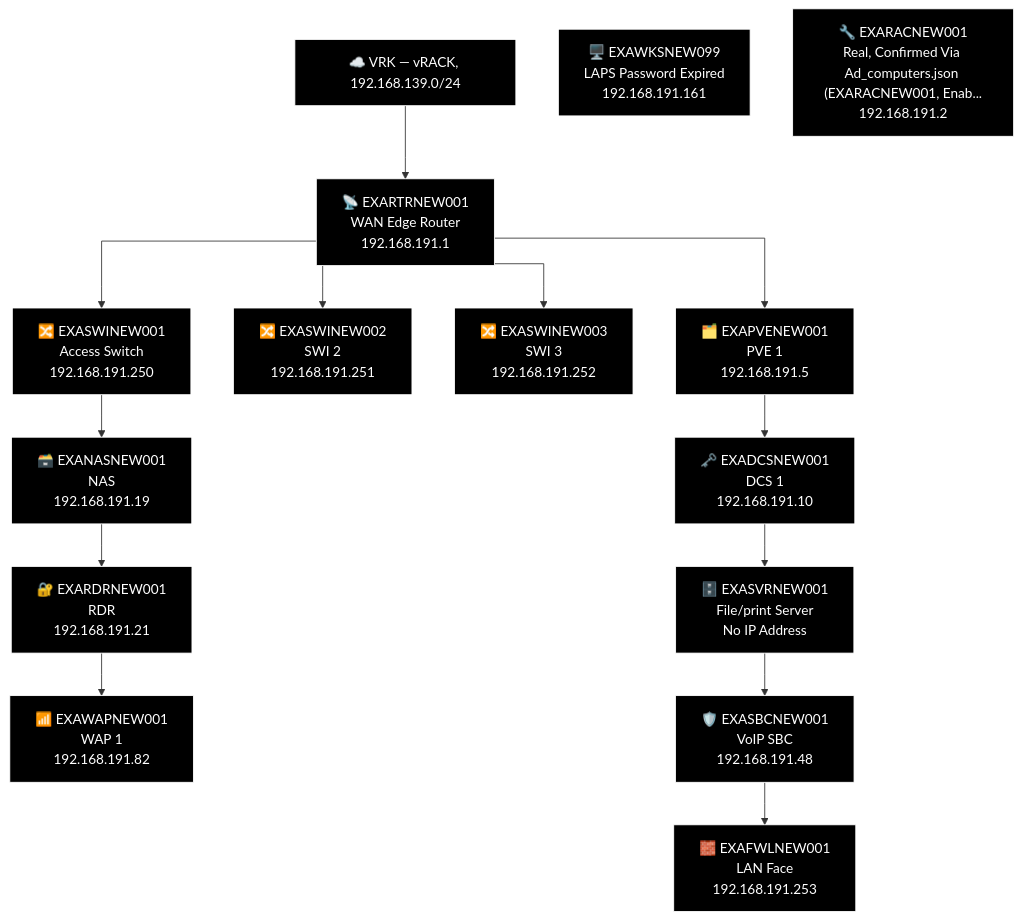
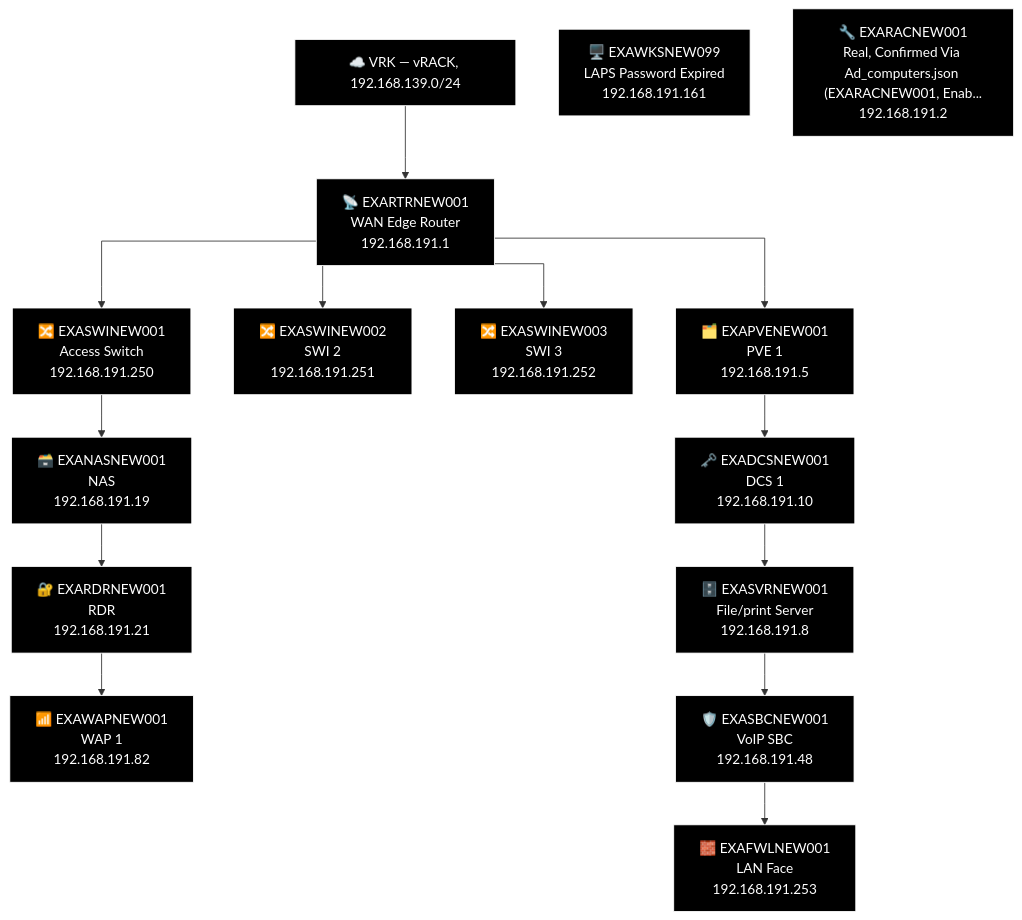
Before and after one commit to knightmare2600/example_music_infra: diagram 15 of 27 in docs/network-diagram/england.md, drawn with Mermaid. The commit also changed 7 other files, not shown here.

````diff
--- a/docs/network-diagram/england.md
+++ b/docs/network-diagram/england.md
@@ -740,43 +740,43 @@
 ```mermaid
 %% GENERATED:TOPOLOGY:NEW:START
 %%{init: {'flowchart': {'curve': 'stepAfter'}}}%%
 graph TD
     T_VRK["☁️ VRK — vRACK, 192.168.139.0/24"]
     T_RTR["📡 EXARTRNEW001<br/>WAN Edge Router<br/>192.168.191.1"]
     T_VRK --> T_RTR
     T_PVE["🗂️ EXAPVENEW001<br/>PVE 1<br/>192.168.191.5"]
     T_RTR --> T_PVE
     T_SWI["🔀 EXASWINEW002<br/>SWI 2<br/>192.168.191.251"]
     T_RTR --> T_SWI
     T_SWI2["🔀 EXASWINEW003<br/>SWI 3<br/>192.168.191.252"]
     T_RTR --> T_SWI2
     T_SWI3["🔀 EXASWINEW001<br/>Access Switch<br/>192.168.191.250"]
     T_RTR --> T_SWI3
     T_NAS["🗃️ EXANASNEW001<br/>NAS<br/>192.168.191.19"]
     T_RDR["🔐 EXARDRNEW001<br/>RDR<br/>192.168.191.21"]
     T_WAP["📶 EXAWAPNEW001<br/>WAP 1<br/>192.168.191.82"]
     T_SWI3 --> T_NAS --> T_RDR --> T_WAP
     T_DCS["🗝️ EXADCSNEW001<br/>DCS 1<br/>192.168.191.10"]
-    T_SVR["🗄️ EXASVRNEW001<br/>File/print Server<br/>No IP Address"]
+    T_SVR["🗄️ EXASVRNEW001<br/>File/print Server<br/>192.168.191.8"]
     T_SBC["🛡️ EXASBCNEW001<br/>VoIP SBC<br/>192.168.191.48"]
     T_FWL["🧱 EXAFWLNEW001<br/>LAN Face<br/>192.168.191.253"]
     T_PVE --> T_DCS --> T_SVR --> T_SBC --> T_FWL
     T_WKS["🖥️ EXAWKSNEW099<br/>LAPS Password Expired<br/>192.168.191.161"]
     T_RAC["🔧 EXARACNEW001<br/>Real, Confirmed Via Ad_computers.json (EXARACNEW001, Enab...<br/>192.168.191.2"]
     style T_VRK fill:#000000,stroke:#FFFFFF,color:#FFFFFF
     style T_RTR fill:#000000,stroke:#FFFFFF,color:#FFFFFF
     style T_PVE fill:#000000,stroke:#FFFFFF,color:#FFFFFF
     style T_SWI fill:#000000,stroke:#FFFFFF,color:#FFFFFF
     style T_SWI2 fill:#000000,stroke:#FFFFFF,color:#FFFFFF
     style T_SWI3 fill:#000000,stroke:#FFFFFF,color:#FFFFFF
     style T_NAS fill:#000000,stroke:#FFFFFF,color:#FFFFFF
     style T_RDR fill:#000000,stroke:#FFFFFF,color:#FFFFFF
     style T_WAP fill:#000000,stroke:#FFFFFF,color:#FFFFFF
     style T_DCS fill:#000000,stroke:#FFFFFF,color:#FFFFFF
     style T_SVR fill:#000000,stroke:#FFFFFF,color:#FFFFFF
     style T_SBC fill:#000000,stroke:#FFFFFF,color:#FFFFFF
     style T_FWL fill:#000000,stroke:#FFFFFF,color:#FFFFFF
     style T_WKS fill:#000000,stroke:#FFFFFF,color:#FFFFFF
     style T_RAC fill:#000000,stroke:#FFFFFF,color:#FFFFFF
 %% GENERATED:TOPOLOGY:NEW:END
 ```
````
